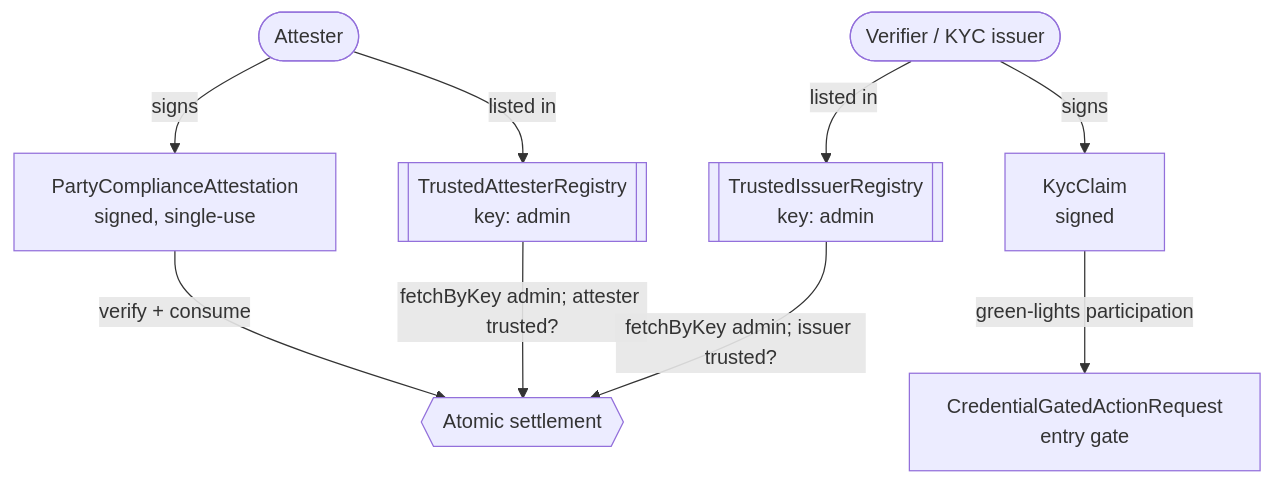
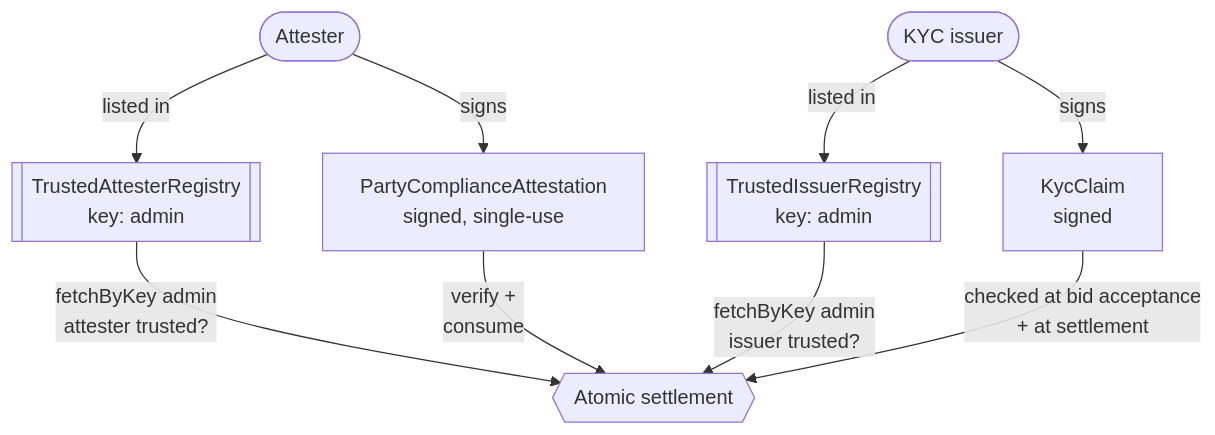
The second of 5 diagrams in docs/ri-reports/04-confidential-auction.md (OpenZeppelin/canton-specs), drawn with Mermaid before and after one commit. The commit also changed other lines of this file, not shown here.

````diff
--- a/docs/ri-reports/04-confidential-auction.md
+++ b/docs/ri-reports/04-confidential-auction.md
@@ -184,20 +181,19 @@
 ```mermaid
 flowchart TD
     Attester([Attester])
-    Verifier([Verifier / KYC issuer])
+    KycIssuer([KYC issuer])
     AttReg[["TrustedAttesterRegistry<br/>key: admin"]]
     IssReg[["TrustedIssuerRegistry<br/>key: admin"]]
     Attn["PartyComplianceAttestation<br/>signed, single-use"]
     Kyc["KycClaim<br/>signed"]
-    Gate["CredentialGatedActionRequest<br/>entry gate"]
     Settle{{Atomic settlement}}
 
     Attester -->|"listed in"| AttReg
-    Verifier -->|"listed in"| IssReg
+    KycIssuer -->|"listed in"| IssReg
     Attester -->|"signs"| Attn
-    Verifier -->|"signs"| Kyc
-    Kyc -->|"green-lights participation"| Gate
-    Attn -->|"verify + consume"| Settle
-    AttReg -->|"fetchByKey admin; attester trusted?"| Settle
-    IssReg -->|"fetchByKey admin; issuer trusted?"| Settle
+    KycIssuer -->|"signs"| Kyc
+    Kyc -->|"checked at bid acceptance<br/>+ at settlement"| Settle
+    Attn -->|"verify +<br/>consume"| Settle
+    AttReg -->|"fetchByKey admin<br/>attester trusted?"| Settle
+    IssReg -->|"fetchByKey admin<br/>issuer trusted?"| Settle
 ```
````
